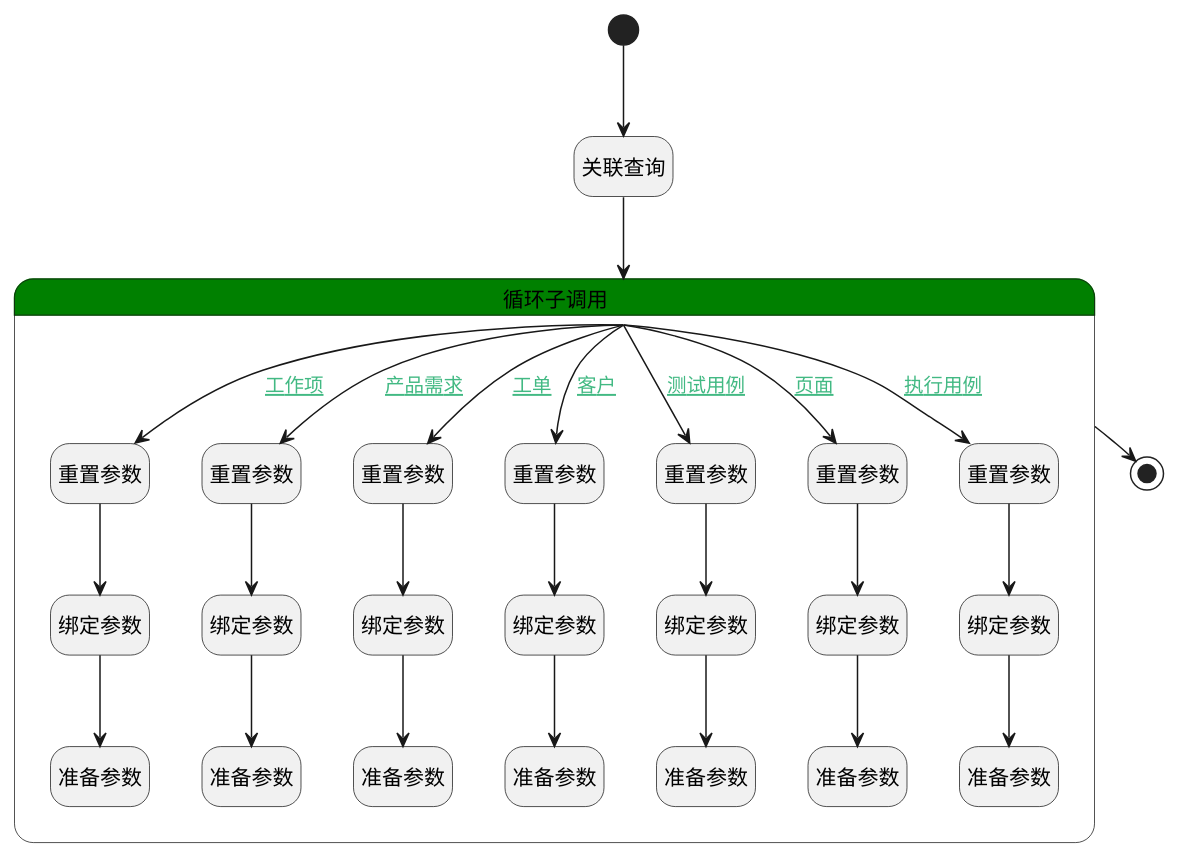
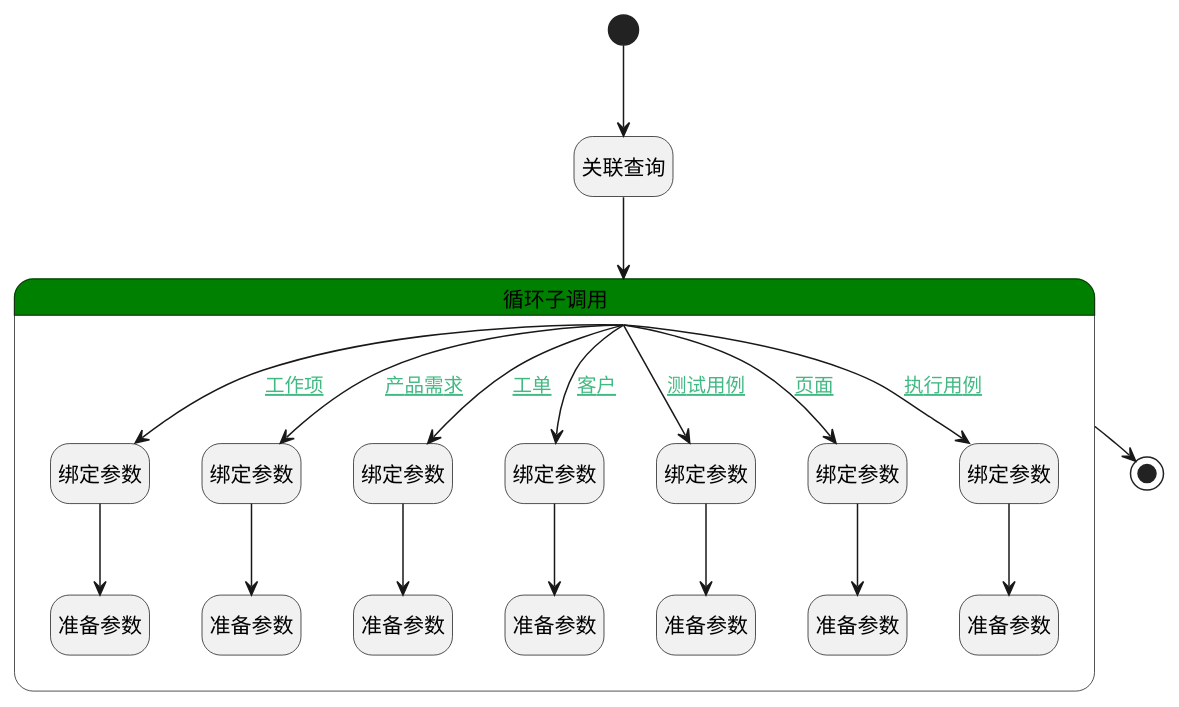
The diagram in doc/docsify/module/Base/search_comment/logic/advanced_search.md (iBizLab/plm), drawn with PlantUML before and after one commit. The commit also changed other lines of this file and 2344 other files, not shown here.

````diff
--- a/doc/docsify/module/Base/search_comment/logic/advanced_search.md
+++ b/doc/docsify/module/Base/search_comment/logic/advanced_search.md
@@ -7,66 +7,52 @@
 ```plantuml
 @startuml
 hide empty description
 <style>
 root {
   HyperlinkColor #42b983
 }
 </style>
 
 hide empty description
 state "开始" as Begin <<start>> [[$./advanced_search#begin {"开始"}]]
 state "关联查询" as DEDATASET1  [[$./advanced_search#dedataset1 {"关联查询"}]]
 state "结束" as END1 <<end>> [[$./advanced_search#end1 {"结束"}]]
 state "循环子调用" as LOOPSUBCALL1  [[$./advanced_search#loopsubcall1 {"循环子调用"}]] #green {
-state "重置参数" as RESETPARAM1  [[$./advanced_search#resetparam1 {"重置参数"}]]
 state "绑定参数" as BINDPARAM1  [[$./advanced_search#bindparam1 {"绑定参数"}]]
 state "准备参数" as PREPAREPARAM1  [[$./advanced_search#prepareparam1 {"准备参数"}]]
-state "重置参数" as RESETPARAM2  [[$./advanced_search#resetparam2 {"重置参数"}]]
 state "绑定参数" as BINDPARAM2  [[$./advanced_search#bindparam2 {"绑定参数"}]]
 state "准备参数" as PREPAREPARAM2  [[$./advanced_search#prepareparam2 {"准备参数"}]]
-state "重置参数" as RESETPARAM3  [[$./advanced_search#resetparam3 {"重置参数"}]]
 state "绑定参数" as BINDPARAM3  [[$./advanced_search#bindparam3 {"绑定参数"}]]
 state "准备参数" as PREPAREPARAM3  [[$./advanced_search#prepareparam3 {"准备参数"}]]
-state "重置参数" as RESETPARAM4  [[$./advanced_search#resetparam4 {"重置参数"}]]
 state "绑定参数" as BINDPARAM4  [[$./advanced_search#bindparam4 {"绑定参数"}]]
 state "准备参数" as PREPAREPARAM4  [[$./advanced_search#prepareparam4 {"准备参数"}]]
-state "重置参数" as RESETPARAM5  [[$./advanced_search#resetparam5 {"重置参数"}]]
 state "绑定参数" as BINDPARAM5  [[$./advanced_search#bindparam5 {"绑定参数"}]]
 state "准备参数" as PREPAREPARAM5  [[$./advanced_search#prepareparam5 {"准备参数"}]]
-state "重置参数" as RESETPARAM6  [[$./advanced_search#resetparam6 {"重置参数"}]]
 state "绑定参数" as BINDPARAM6  [[$./advanced_search#bindparam6 {"绑定参数"}]]
 state "准备参数" as PREPAREPARAM6  [[$./advanced_search#prepareparam6 {"准备参数"}]]
-state "重置参数" as RESETPARAM7  [[$./advanced_search#resetparam7 {"重置参数"}]]
 state "绑定参数" as BINDPARAM7  [[$./advanced_search#bindparam7 {"绑定参数"}]]
 state "准备参数" as PREPAREPARAM7  [[$./advanced_search#prepareparam7 {"准备参数"}]]
 }
 
 
 Begin --> DEDATASET1
 DEDATASET1 --> LOOPSUBCALL1
-LOOPSUBCALL1 --> RESETPARAM1 : [[$./advanced_search#loopsubcall1-resetparam1{工作项} 工作项]]
-RESETPARAM1 --> BINDPARAM1
+LOOPSUBCALL1 --> BINDPARAM1 : [[$./advanced_search#loopsubcall1-bindparam1{工作项} 工作项]]
 BINDPARAM1 --> PREPAREPARAM1
 LOOPSUBCALL1 --> END1
-LOOPSUBCALL1 --> RESETPARAM2 : [[$./advanced_search#loopsubcall1-resetparam2{产品需求} 产品需求]]
-RESETPARAM2 --> BINDPARAM2
+LOOPSUBCALL1 --> BINDPARAM2 : [[$./advanced_search#loopsubcall1-bindparam2{产品需求} 产品需求]]
 BINDPARAM2 --> PREPAREPARAM2
-LOOPSUBCALL1 --> RESETPARAM3 : [[$./advanced_search#loopsubcall1-resetparam3{工单} 工单]]
-RESETPARAM3 --> BINDPARAM3
+LOOPSUBCALL1 --> BINDPARAM3 : [[$./advanced_search#loopsubcall1-bindparam3{工单} 工单]]
 BINDPARAM3 --> PREPAREPARAM3
-LOOPSUBCALL1 --> RESETPARAM4 : [[$./advanced_search#loopsubcall1-resetparam4{客户} 客户]]
-RESETPARAM4 --> BINDPARAM4
+LOOPSUBCALL1 --> BINDPARAM4 : [[$./advanced_search#loopsubcall1-bindparam4{客户} 客户]]
 BINDPARAM4 --> PREPAREPARAM4
-LOOPSUBCALL1 --> RESETPARAM5 : [[$./advanced_search#loopsubcall1-resetparam5{测试用例} 测试用例]]
-RESETPARAM5 --> BINDPARAM5
+LOOPSUBCALL1 --> BINDPARAM5 : [[$./advanced_search#loopsubcall1-bindparam5{测试用例} 测试用例]]
 BINDPARAM5 --> PREPAREPARAM5
-LOOPSUBCALL1 --> RESETPARAM6 : [[$./advanced_search#loopsubcall1-resetparam6{页面} 页面]]
-RESETPARAM6 --> BINDPARAM6
+LOOPSUBCALL1 --> BINDPARAM6 : [[$./advanced_search#loopsubcall1-bindparam6{页面} 页面]]
 BINDPARAM6 --> PREPAREPARAM6
-LOOPSUBCALL1 --> RESETPARAM7 : [[$./advanced_search#loopsubcall1-resetparam7{执行用例} 执行用例]]
-RESETPARAM7 --> BINDPARAM7
+LOOPSUBCALL1 --> BINDPARAM7 : [[$./advanced_search#loopsubcall1-bindparam7{执行用例} 执行用例]]
 BINDPARAM7 --> PREPAREPARAM7
 
 
 @enduml
 ```
````
